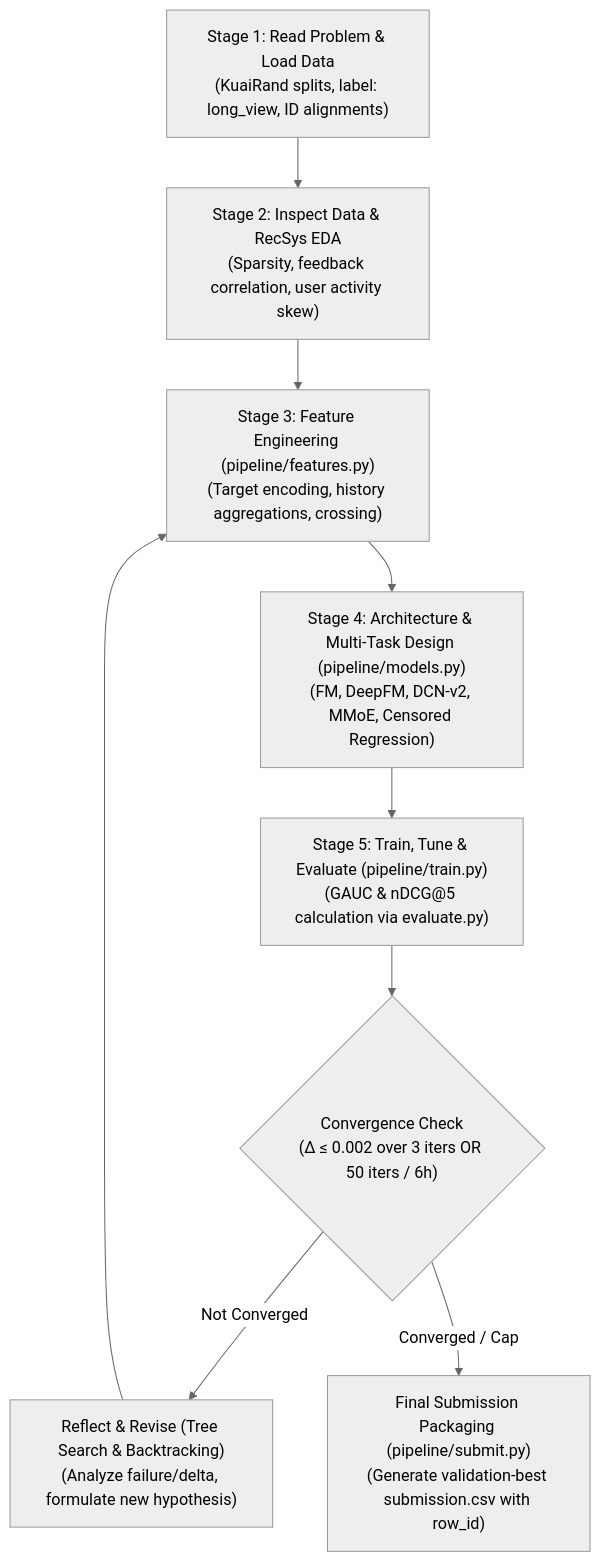
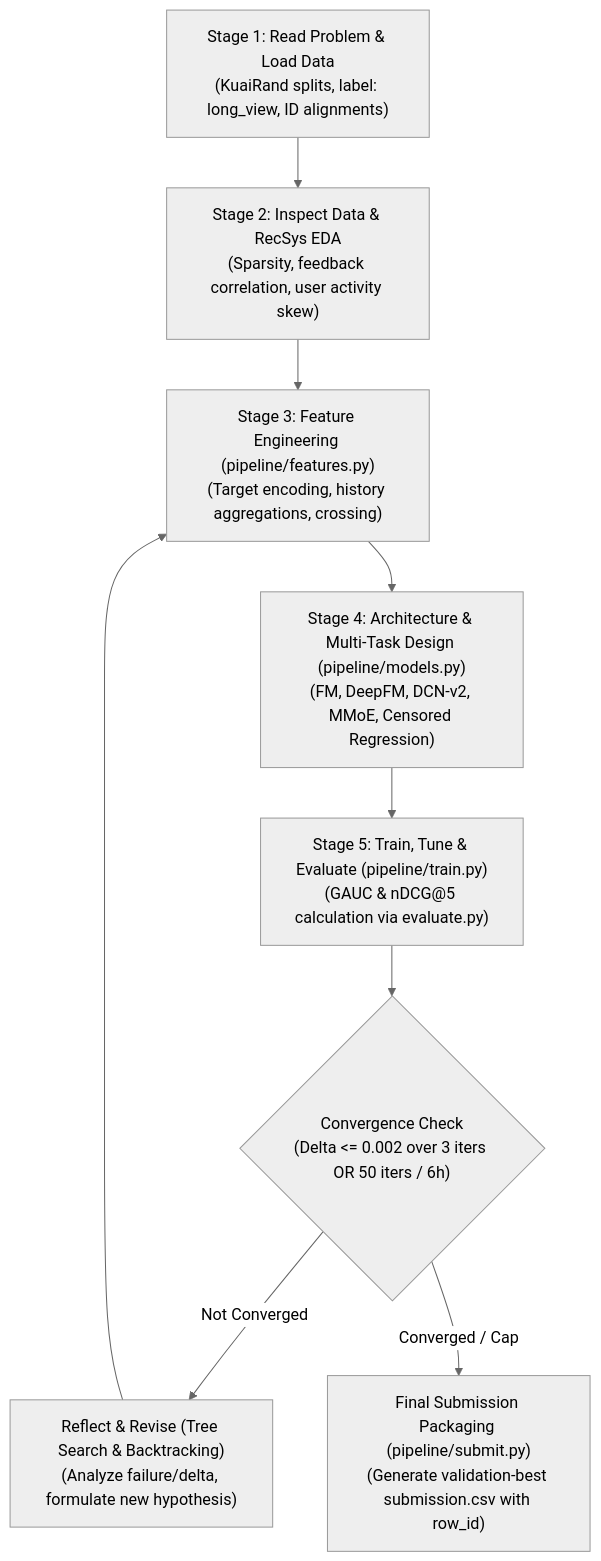
One commit to albertusashali/RankAgent changed the diagram in README.md. Above: the diagram before and after it, drawn with Mermaid (neutral theme). The commit also changed 11 other files, not shown here.

````diff
--- a/README.md
+++ b/README.md
@@ -30,11 +30,11 @@
 ```mermaid
 graph TD
     A["Stage 1: Read Problem & Load Data<br/>(KuaiRand splits, label: long_view, ID alignments)"] --> B["Stage 2: Inspect Data & RecSys EDA<br/>(Sparsity, feedback correlation, user activity skew)"]
     B --> C["Stage 3: Feature Engineering (pipeline/features.py)<br/>(Target encoding, history aggregations, crossing)"]
     C --> D["Stage 4: Architecture & Multi-Task Design (pipeline/models.py)<br/>(FM, DeepFM, DCN-v2, MMoE, Censored Regression)"]
     D --> E["Stage 5: Train, Tune & Evaluate (pipeline/train.py)<br/>(GAUC & nDCG@5 calculation via evaluate.py)"]
-    E --> F{"Convergence Check<br/>(Δ ≤ 0.002 over 3 iters OR 50 iters / 6h)"}
-    F -- "Not Converged" --> G["Reflect & Revise (Tree Search & Backtracking)<br/>(Analyze failure/delta, formulate new hypothesis)"]
+    E --> F{"Convergence Check<br/>(Delta <= 0.002 over 3 iters OR 50 iters / 6h)"}
+    F -->|"Not Converged"| G["Reflect & Revise (Tree Search & Backtracking)<br/>(Analyze failure/delta, formulate new hypothesis)"]
     G --> C
-    F -- "Converged / Cap" --> H["Final Submission Packaging (pipeline/submit.py)<br/>(Generate validation-best submission.csv with row_id)"]
+    F -->|"Converged / Cap"| H["Final Submission Packaging (pipeline/submit.py)<br/>(Generate validation-best submission.csv with row_id)"]
 ```
````
